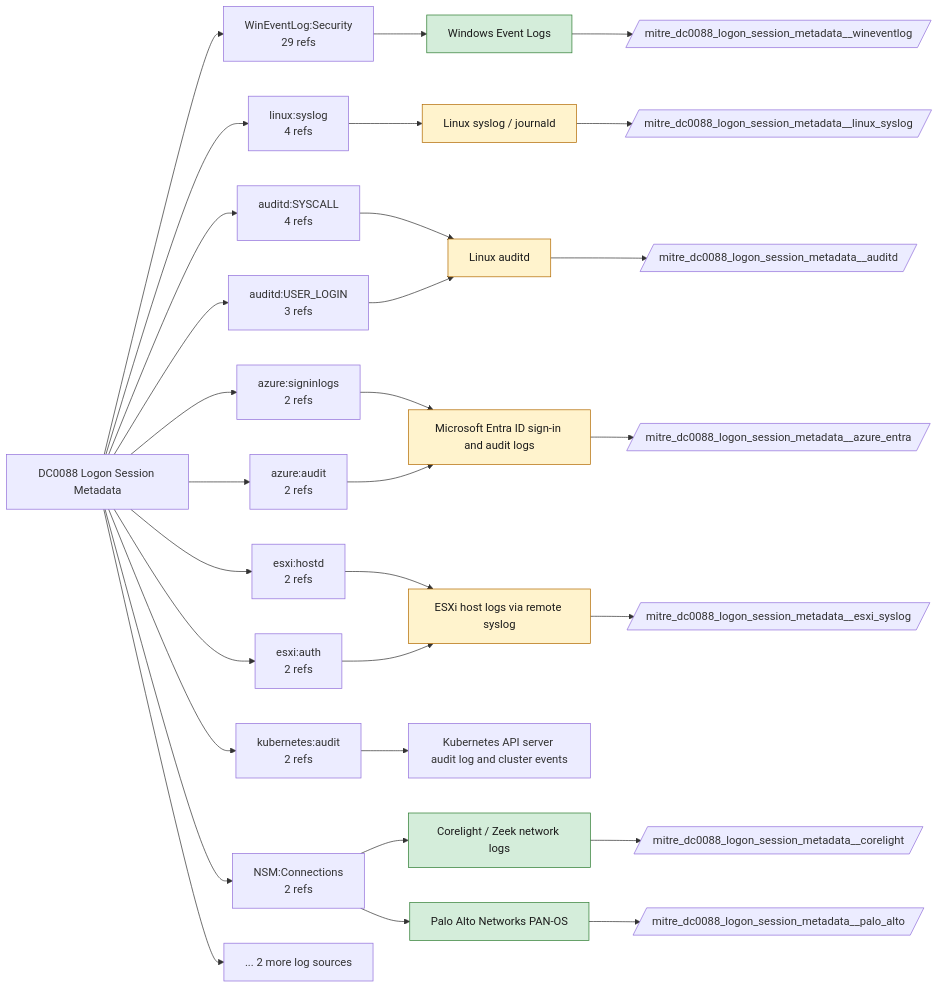
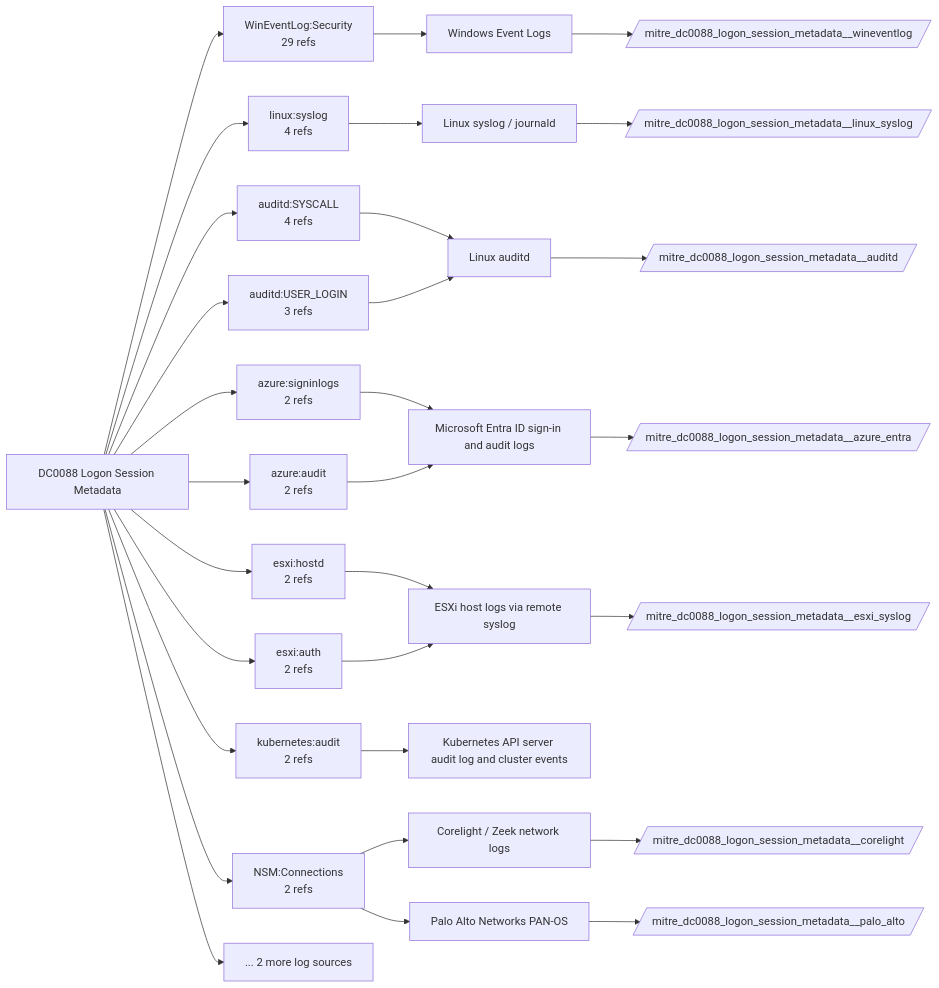
The diagram in docs/data-components/DC0088-logon-session-metadata.md (dev-nobytes-io/mitre-defensive-mappings-spl), drawn with Mermaid before and after one commit. The commit also changed other lines of this file and 366 other files, not shown here.

````diff
--- a/docs/data-components/DC0088-logon-session-metadata.md
+++ b/docs/data-components/DC0088-logon-session-metadata.md
@@ -19,50 +19,41 @@
 ```mermaid
 flowchart LR
   DC["DC0088 Logon Session Metadata"]
   DC --> LS0["WinEventLog:Security<br/>29 refs"]
   F_wineventlog["Windows Event Logs"]
   LS0 --> F_wineventlog
   DC --> LS1["linux:syslog<br/>4 refs"]
   F_linux_syslog["Linux syslog / journald"]
   LS1 --> F_linux_syslog
   DC --> LS2["auditd:SYSCALL<br/>4 refs"]
   F_auditd["Linux auditd"]
   LS2 --> F_auditd
   DC --> LS3["auditd:USER_LOGIN<br/>3 refs"]
   LS3 --> F_auditd
   DC --> LS4["azure:signinlogs<br/>2 refs"]
   F_azure_entra["Microsoft Entra ID sign-in and audit logs"]
   LS4 --> F_azure_entra
   DC --> LS5["esxi:hostd<br/>2 refs"]
   F_esxi_syslog["ESXi host logs via remote syslog"]
   LS5 --> F_esxi_syslog
   DC --> LS6["kubernetes:audit<br/>2 refs"]
   F_kubernetes_audit["Kubernetes API server audit log and cluster events"]
   LS6 --> F_kubernetes_audit
   DC --> LS7["azure:audit<br/>2 refs"]
   LS7 --> F_azure_entra
   DC --> LS8["NSM:Connections<br/>2 refs"]
   F_corelight["Corelight / Zeek network logs"]
   LS8 --> F_corelight
   F_palo_alto["Palo Alto Networks PAN-OS"]
   LS8 --> F_palo_alto
   DC --> LS9["esxi:auth<br/>2 refs"]
   LS9 --> F_esxi_syslog
   DC --> MORE["... 2 more log sources"]
+  F_auditd --> ET_auditd[/"mitre_dc0088_logon_session_metadata__auditd"/]
+  F_azure_entra --> ET_azure_entra[/"mitre_dc0088_logon_session_metadata__azure_entra"/]
   F_corelight --> ET_corelight[/"mitre_dc0088_logon_session_metadata__corelight"/]
-  class F_corelight live
+  F_esxi_syslog --> ET_esxi_syslog[/"mitre_dc0088_logon_session_metadata__esxi_syslog"/]
+  F_linux_syslog --> ET_linux_syslog[/"mitre_dc0088_logon_session_metadata__linux_syslog"/]
   F_palo_alto --> ET_palo_alto[/"mitre_dc0088_logon_session_metadata__palo_alto"/]
-  class F_palo_alto live
   F_wineventlog --> ET_wineventlog[/"mitre_dc0088_logon_session_metadata__wineventlog"/]
-  class F_wineventlog live
-  F_auditd --> ET_auditd[/"mitre_dc0088_logon_session_metadata__auditd"/]
-  class F_auditd ready
-  F_azure_entra --> ET_azure_entra[/"mitre_dc0088_logon_session_metadata__azure_entra"/]
-  class F_azure_entra ready
-  F_esxi_syslog --> ET_esxi_syslog[/"mitre_dc0088_logon_session_metadata__esxi_syslog"/]
-  class F_esxi_syslog ready
-  F_linux_syslog --> ET_linux_syslog[/"mitre_dc0088_logon_session_metadata__linux_syslog"/]
-  class F_linux_syslog ready
-  classDef live fill:#d4edda,stroke:#2e7d32,color:#1b1b1b
-  classDef ready fill:#fff3cd,stroke:#b26a00,color:#1b1b1b
 ```
````
